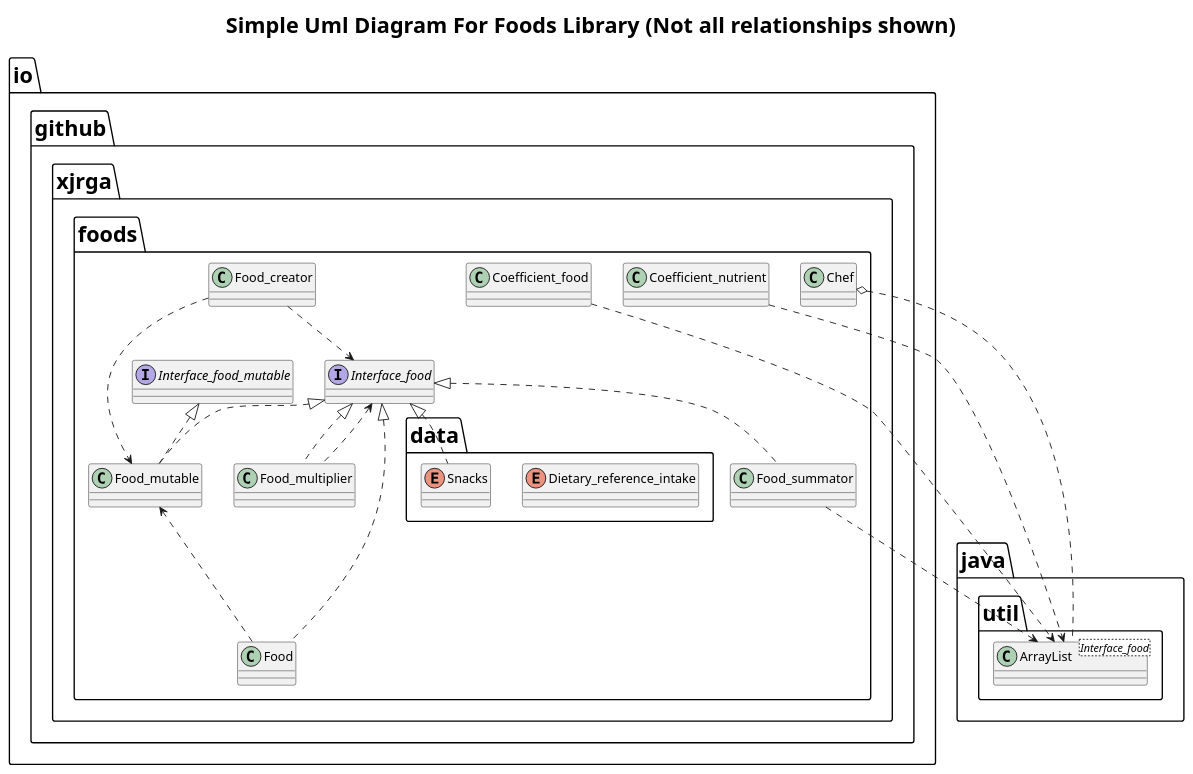
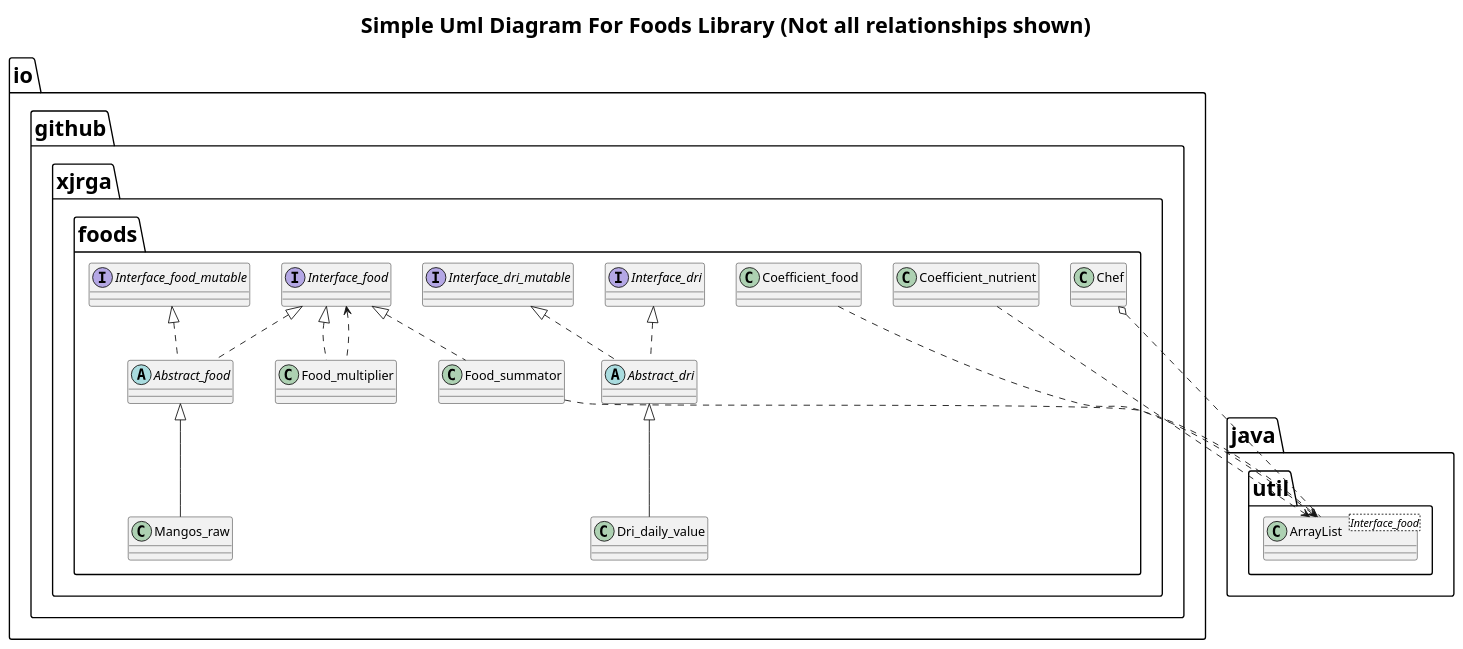
Before and after one commit to xjrga/foods: the diagram in uml.puml, drawn with PlantUML. The commit also changed 567 other files, not shown here.

```diff
--- a/uml.puml
+++ b/uml.puml
@@ -1,81 +1,27 @@
 @startuml
 title Simple Uml Diagram For Foods Library (Not all relationships shown)
 <style>
 title {
   HorizontalAlignment center
   FontSize 24
 }
 </style>
 class java.util.ArrayList<Interface_food>
-class io.github.xjrga.foods.Food_creator
-'enum io.github.xjrga.foods.data.Atwater
-enum io.github.xjrga.foods.data.Dietary_reference_intake
+interface io.github.xjrga.foods.Interface_dri
+interface io.github.xjrga.foods.Interface_dri_mutable
 interface io.github.xjrga.foods.Interface_food
 interface io.github.xjrga.foods.Interface_food_mutable
-'enum io.github.xjrga.foods.data..data.American_indian_alaska_native_foods
-'enum io.github.xjrga.foods.data..data.Baby_foods
-'enum io.github.xjrga.foods.data..data.Baked_products
-'enum io.github.xjrga.food.data.Beef_products
-'enum io.github.xjrga.foods.data..data.Beverages
-'enum io.github.xjrga.food.data.Breakfast_cereals
-'enum io.github.xjrga.foods.data..data.Cereal_grains_and_pasta
-'enum io.github.xjrga.food.data.Dairy_and_egg_products
-'enum io.github.xjrga.foods.data..data.Fast_foods
-'enum io.github.xjrga.foods.data..data.Fats_and_oils
-'enum io.github.xjrga.food.data.Finfish_and_shellfish_products
-'enum io.github.xjrga.foods.data..data.Fruits_and_fruit_juices
-'enum io.github.xjrga.food.data.Glycemic_index_test_set
-'enum io.github.xjrga.foods.data..data.Legumes_and_legume_products
-'enum io.github.xjrga.food.data.Nut_and_seed_products
-'enum io.github.xjrga.foods.data..data.Omega3
-'enum io.github.xjrga.food.data.Pork_products
-'enum io.github.xjrga.foods.data..data.Poultry_products
-'enum io.github.xjrga.food.data.Protein_powders
-'enum io.github.xjrga.foods.data..data.Sausages_and_luncheon_meats
-'enum io.github.xjrga.food.data.Snacks
-'enum io.github.xjrga.foods.data..data.Spices_and_herbs
-'enum io.github.xjrga.food.data.Supplements
-'enum io.github.xjrga.foods.data..data.Sweets
-'enum io.github.xjrga.food.data.Vegetables_and_vegetable_products
-'enum io.github.xjrga.foods.data..data.Atwater
-class io.github.xjrga.foods.Food implements io.github.xjrga.foods.Interface_food
+abstract class io.github.xjrga.foods.Abstract_dri implements io.github.xjrga.foods.Interface_dri
+abstract class io.github.xjrga.foods.Abstract_dri implements io.github.xjrga.foods.Interface_dri_mutable
+abstract class io.github.xjrga.foods.Abstract_food implements io.github.xjrga.foods.Interface_food
+abstract class io.github.xjrga.foods.Abstract_food implements io.github.xjrga.foods.Interface_food_mutable
 class io.github.xjrga.foods.Food_multiplier implements io.github.xjrga.foods.Interface_food
-class io.github.xjrga.foods.Food_mutable implements io.github.xjrga.foods.Interface_food
-class io.github.xjrga.foods.Food_mutable implements io.github.xjrga.foods.Interface_food_mutable
 class io.github.xjrga.foods.Food_summator implements io.github.xjrga.foods.Interface_food
-io.github.xjrga.foods.Food_mutable <.. io.github.xjrga.foods.Food
+class io.github.xjrga.foods.Mangos_raw extends io.github.xjrga.foods.Abstract_food
+class io.github.xjrga.foods.Dri_daily_value extends io.github.xjrga.foods.Abstract_dri
 io.github.xjrga.foods.Interface_food <.. io.github.xjrga.foods.Food_multiplier
-enum io.github.xjrga.foods.data.Snacks implements io.github.xjrga.foods.Interface_food
 io.github.xjrga.foods.Food_summator ..> java.util.ArrayList 
 io.github.xjrga.foods.Coefficient_food ..> java.util.ArrayList 
 io.github.xjrga.foods.Coefficient_nutrient ..> java.util.ArrayList
 io.github.xjrga.foods.Chef o.. java.util.ArrayList
-io.github.xjrga.foods.Food_creator ..> io.github.xjrga.foods.Food_mutable
-io.github.xjrga.foods.Food_creator ..> io.github.xjrga.foods.Interface_food
-'io.github.xjrga.foods.Food_creator --o io.github.xjrga.foods.Chef
-'enum io.github.xjrga.foods.data.American_indian_alaska_native_foods --|> io.github.xjrga.foods.Interface_food
-'enum io.github.xjrga.foods.data.Baby_foods --|> io.github.xjrga.foods.Interface_food
-'enum io.github.xjrga.foods.data.Baked_products --|> io.github.xjrga.foods.Interface_food
-'enum io.github.xjrga.foods.data.Beef_products --|> io.github.xjrga.foods.Interface_food
-'enum io.github.xjrga.foods.data.Beverages --|> io.github.xjrga.foods.Interface_food
-'enum io.github.xjrga.foods.data.Breakfast_cereals --|> io.github.xjrga.foods.Interface_food
-'enum io.github.xjrga.foods.data.Cereal_grains_and_pasta --|> io.github.xjrga.foods.Interface_food
-'enum io.github.xjrga.foods.data.Dairy_and_egg_products implements io.github.xjrga.foods.Interface_food
-'enum io.github.xjrga.foods.data.Fast_foods --|> io.github.xjrga.foods.Interface_food
-'enum io.github.xjrga.foods.data.Fats_and_oils --|> io.github.xjrga.foods.Interface_food
-'enum io.github.xjrga.foods.data.Finfish_and_shellfish_products --|> io.github.xjrga.foods.Interface_food
-'enum io.github.xjrga.foods.data.Fruits_and_fruit_juices --|> io.github.xjrga.foods.Interface_food
-'enum io.github.xjrga.foods.data.Glycemic_index_test_set --|> io.github.xjrga.foods.Interface_food
-'enum io.github.xjrga.foods.data.Legumes_and_legume_products --|> io.github.xjrga.foods.Interface_food
-'enum io.github.xjrga.foods.data.Nut_and_seed_products --|> io.github.xjrga.foods.Interface_food
-'enum io.github.xjrga.foods.data.Omega3 --|> io.github.xjrga.foods.Interface_food
-'enum io.github.xjrga.foods.data.Pork_products --|> io.github.xjrga.foods.Interface_food
-'enum io.github.xjrga.foods.data.Poultry_products --|> io.github.xjrga.foods.Interface_food
-'enum io.github.xjrga.foods.data.Protein_powders --|> io.github.xjrga.foods.Interface_food
-'enum io.github.xjrga.foods.data.Sausages_and_luncheon_meats --|> io.github.xjrga.foods.Interface_food
-'enum io.github.xjrga.foods.data.Snacks --|> io.github.xjrga.foods.Interface_food
-'enum io.github.xjrga.foods.data.Spices_and_herbs --|> io.github.xjrga.foods.Interface_food
-'enum io.github.xjrga.foods.data.Supplements --|> io.github.xjrga.foods.Interface_food
-'enum io.github.xjrga.foods.data.Sweets --|> io.github.xjrga.foods.Interface_food
-'enum io.github.xjrga.foods.data.Vegetables_and_vegetable_products --|> io.github.xjrga.foods.Interface_food
 @enduml
```
